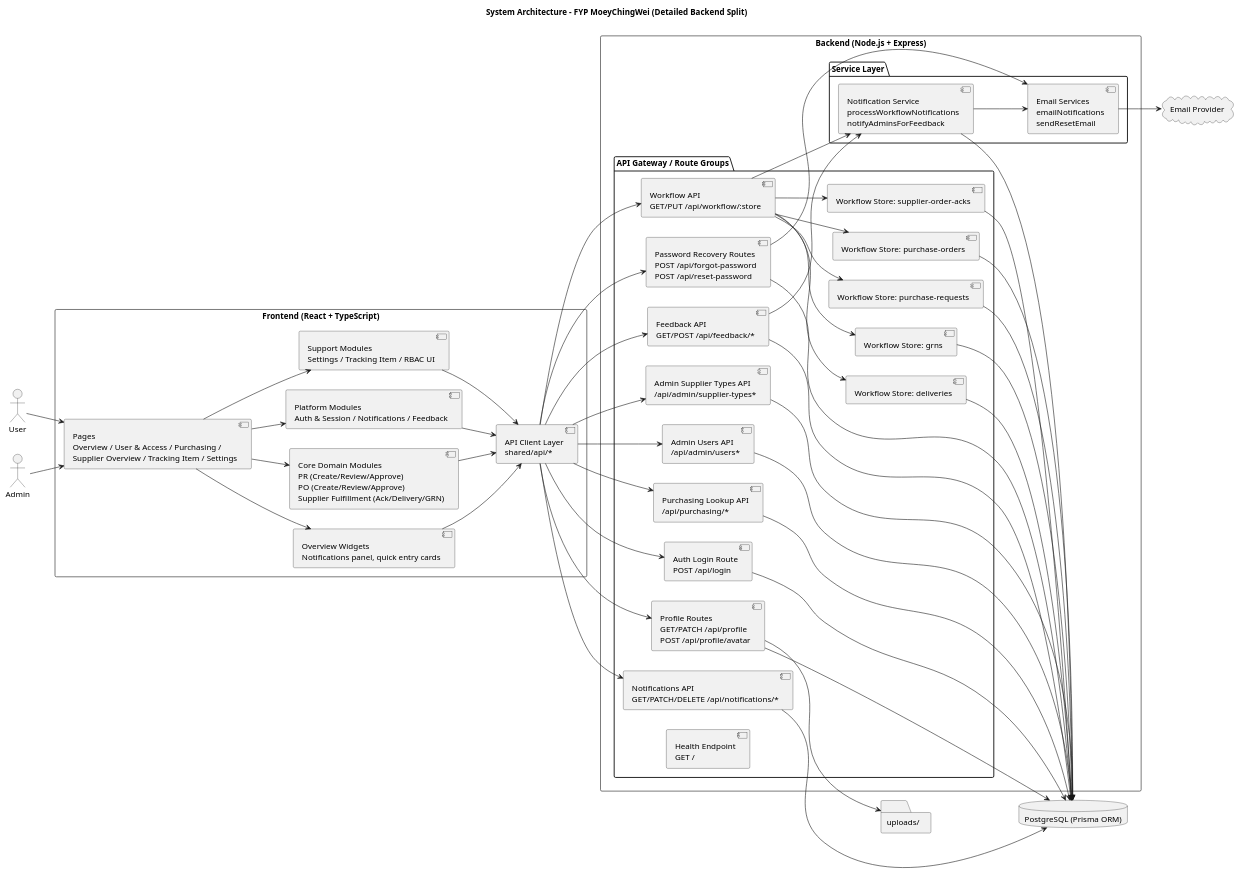
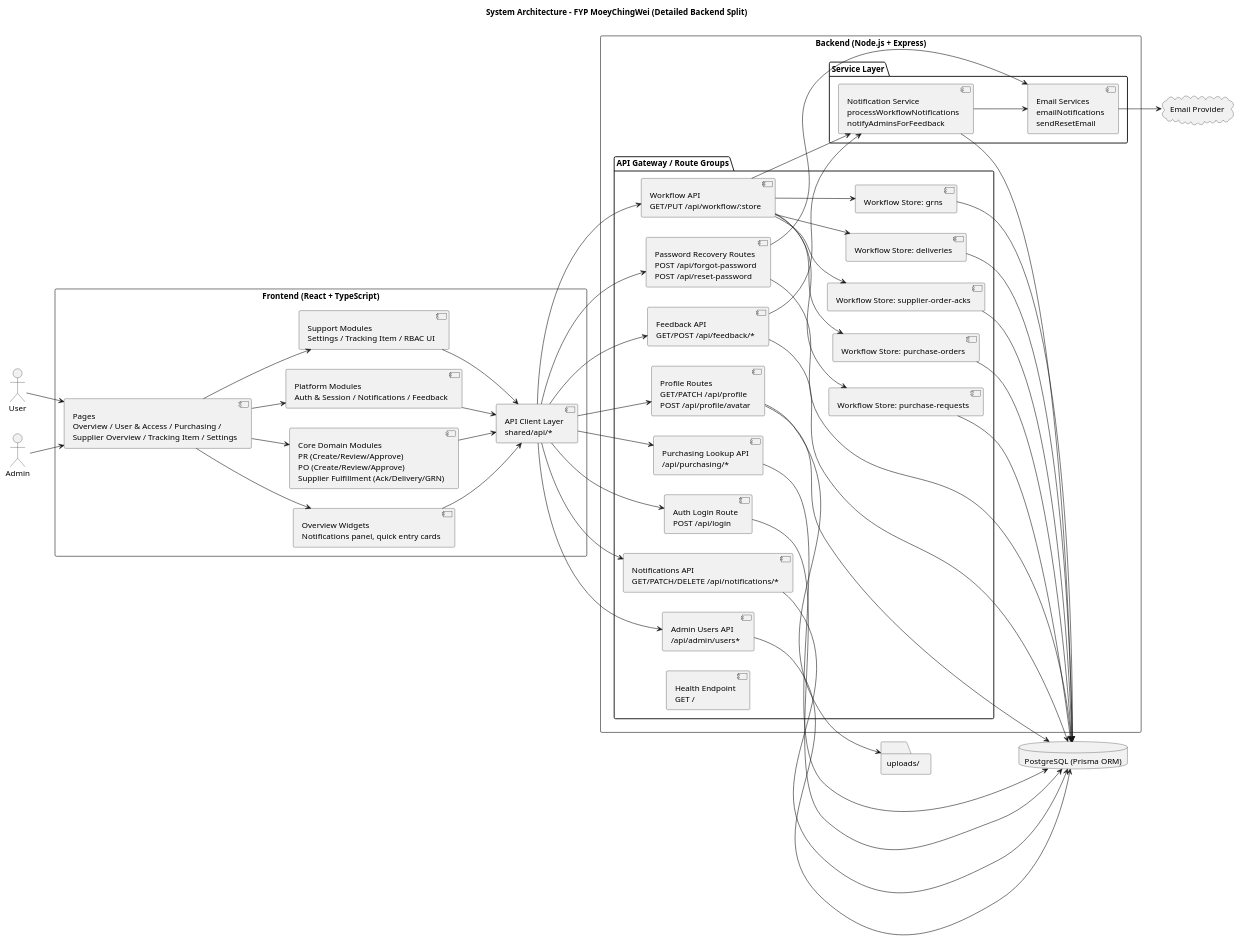
Before and after one commit to MoeyChingWei/FYP-MoeyChingWei: the diagram in Diagram/system-architecture.puml, drawn with PlantUML. The commit also changed 34 other files, not shown here.

```diff
--- a/Diagram/system-architecture.puml
+++ b/Diagram/system-architecture.puml
@@ -1,103 +1,100 @@
 @startuml
 title System Architecture - FYP MoeyChingWei (Detailed Backend Split)
 left to right direction
 
 actor User
 actor Admin
 
 rectangle "Frontend (React + TypeScript)" as FE {
   component "Pages\nOverview / User & Access / Purchasing /\nSupplier Overview / Tracking Item / Settings" as FEPages
   component "Overview Widgets\nNotifications panel, quick entry cards" as FEWidgets
 
   component "Core Domain Modules\nPR (Create/Review/Approve)\nPO (Create/Review/Approve)\nSupplier Fulfillment (Ack/Delivery/GRN)" as FECore
   component "Platform Modules\nAuth & Session / Notifications / Feedback" as FEPlatform
   component "Support Modules\nSettings / Tracking Item / RBAC UI" as FESupport
 
   component "API Client Layer\nshared/api/*" as FEApi
 }
 
 rectangle "Backend (Node.js + Express)" as BE {
   package "API Gateway / Route Groups" {
     component "Auth Login Route\nPOST /api/login" as AuthLogin
     component "Password Recovery Routes\nPOST /api/forgot-password\nPOST /api/reset-password" as AuthRecovery
     component "Profile Routes\nGET/PATCH /api/profile\nPOST /api/profile/avatar" as ProfileRoutes
 
     component "Workflow API\nGET/PUT /api/workflow/:store" as WorkflowApi
     component "Workflow Store: purchase-requests" as WfPR
     component "Workflow Store: purchase-orders" as WfPO
     component "Workflow Store: supplier-order-acks" as WfAck
     component "Workflow Store: deliveries" as WfDel
     component "Workflow Store: grns" as WfGrn
 
     component "Notifications API\nGET/PATCH/DELETE /api/notifications/*" as NotiApi
     component "Feedback API\nGET/POST /api/feedback/*" as FbApi
     component "Admin Users API\n/api/admin/users*" as AdminUsersApi
-    component "Admin Supplier Types API\n/api/admin/supplier-types*" as AdminSuppApi
     component "Purchasing Lookup API\n/api/purchasing/*" as LookupApi
     component "Health Endpoint\nGET /" as HealthApi
   }
 
   package "Service Layer" {
     component "Notification Service\nprocessWorkflowNotifications\nnotifyAdminsForFeedback" as NotiSvc
     component "Email Services\nemailNotifications\nsendResetEmail" as EmailSvc
   }
 }
 
 database "PostgreSQL (Prisma ORM)" as DB
 folder "uploads/" as Uploads
 cloud "Email Provider" as Email
 
 User --> FEPages
 Admin --> FEPages
 
 FEPages --> FEWidgets
 FEPages --> FECore
 FEPages --> FEPlatform
 FEPages --> FESupport
 
 FEWidgets --> FEApi
 FECore --> FEApi
 FEPlatform --> FEApi
 FESupport --> FEApi
 
 FEApi --> AuthLogin
 FEApi --> AuthRecovery
 FEApi --> ProfileRoutes
 FEApi --> WorkflowApi
 FEApi --> NotiApi
 FEApi --> FbApi
 FEApi --> AdminUsersApi
-FEApi --> AdminSuppApi
 FEApi --> LookupApi
 
 WorkflowApi --> WfPR
 WorkflowApi --> WfPO
 WorkflowApi --> WfAck
 WorkflowApi --> WfDel
 WorkflowApi --> WfGrn
 
 AuthLogin --> DB
 AuthRecovery --> DB
 ProfileRoutes --> DB
 ProfileRoutes --> Uploads
 
 WfPR --> DB
 WfPO --> DB
 WfAck --> DB
 WfDel --> DB
 WfGrn --> DB
 
 NotiApi --> DB
 FbApi --> DB
 AdminUsersApi --> DB
-AdminSuppApi --> DB
 LookupApi --> DB
 
 WorkflowApi --> NotiSvc
 FbApi --> NotiSvc
 NotiSvc --> DB
 NotiSvc --> EmailSvc
 AuthRecovery --> EmailSvc
 EmailSvc --> Email
 
 @enduml
```
